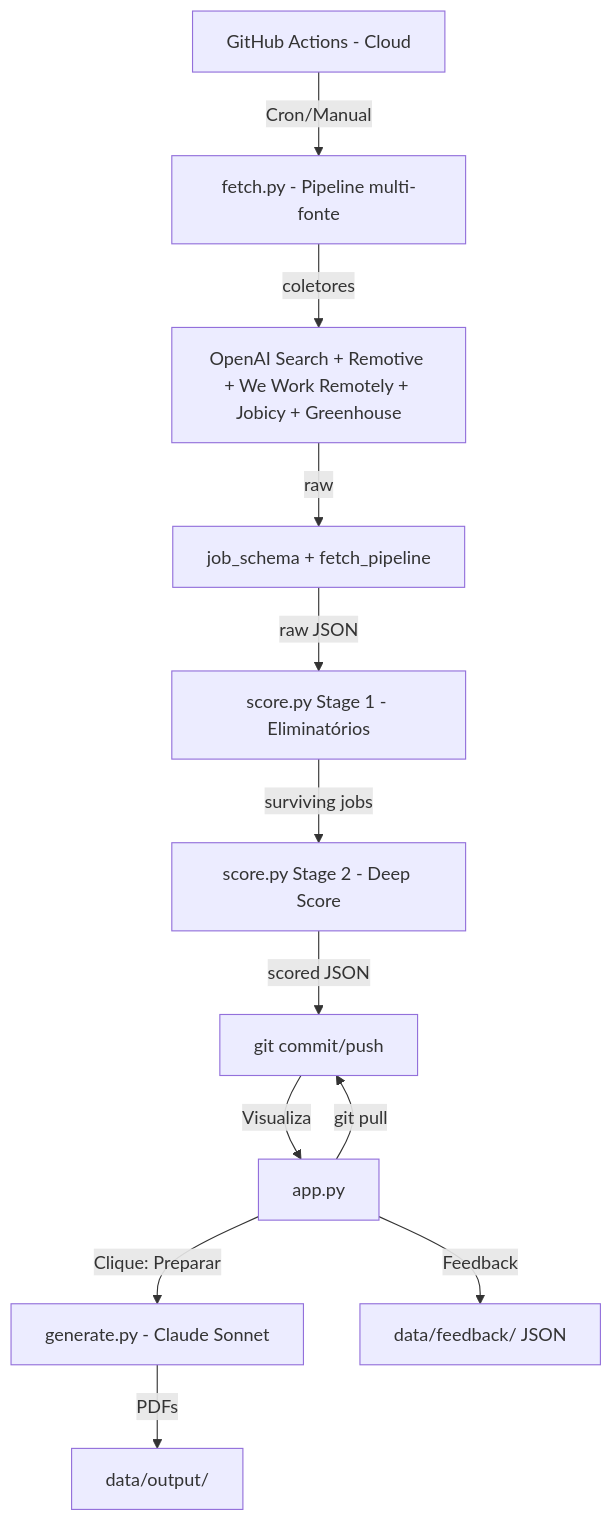
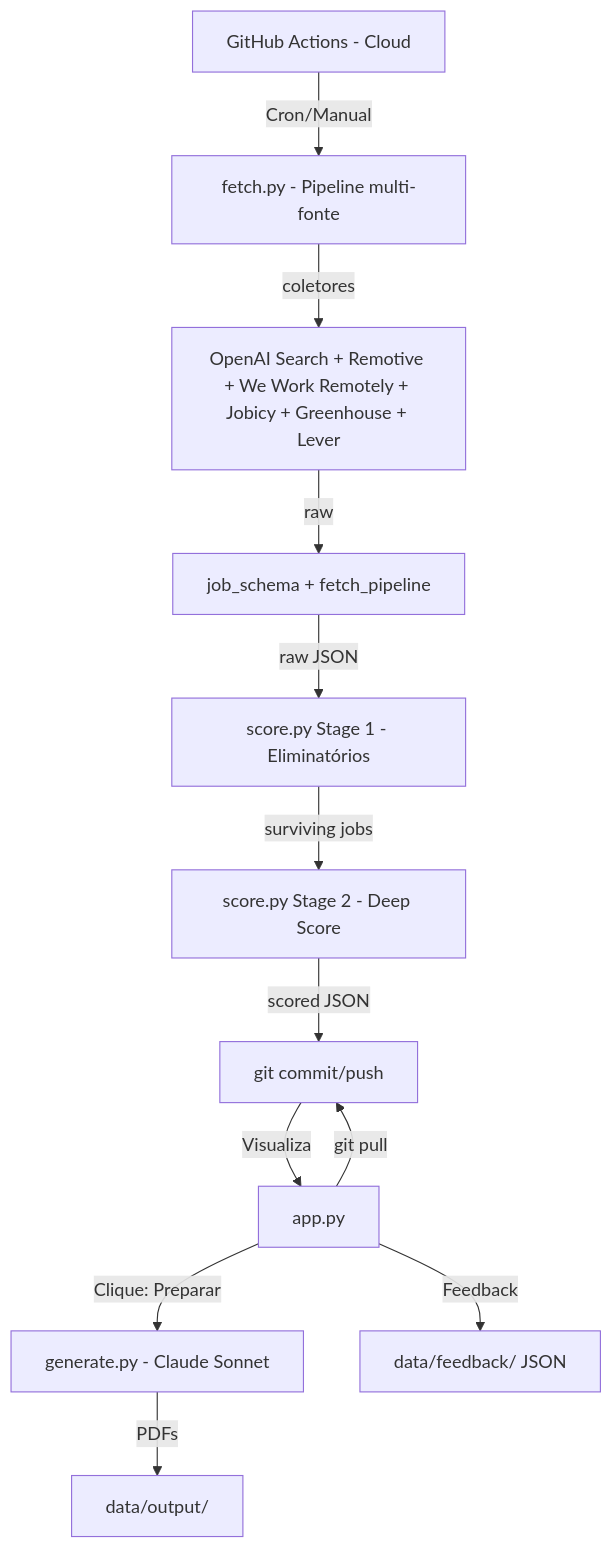
Before and after one commit to gmaiarviana/job_radar: the diagram in ARCHITECTURE.md, drawn with Mermaid. The commit also changed other lines of this file and 4 other files, not shown here.

````diff
--- a/ARCHITECTURE.md
+++ b/ARCHITECTURE.md
@@ -11,15 +11,15 @@
 ```mermaid
 graph TD
     A[GitHub Actions - Cloud] -->|Cron/Manual| B[fetch.py - Pipeline multi-fonte]
-    B -->|coletores| B1[OpenAI Search + Remotive + We Work Remotely + Jobicy + Greenhouse]
+    B -->|coletores| B1[OpenAI Search + Remotive + We Work Remotely + Jobicy + Greenhouse + Lever]
     B1 -->|raw| B2[job_schema + fetch_pipeline]
     B2 -->|raw JSON| C[score.py Stage 1 - Eliminatórios]
     C -->|surviving jobs| D[score.py Stage 2 - Deep Score]
     D -->|scored JSON| E[git commit/push]
     
     F[Streamlit - Local] -->|git pull| E
     E -->|Visualiza| F[app.py]
     F -->|Clique: Preparar| G[generate.py - Claude Sonnet]
     G -->|PDFs| H[data/output/]
     F -->|Feedback| I[data/feedback/ JSON]
 ```
````
